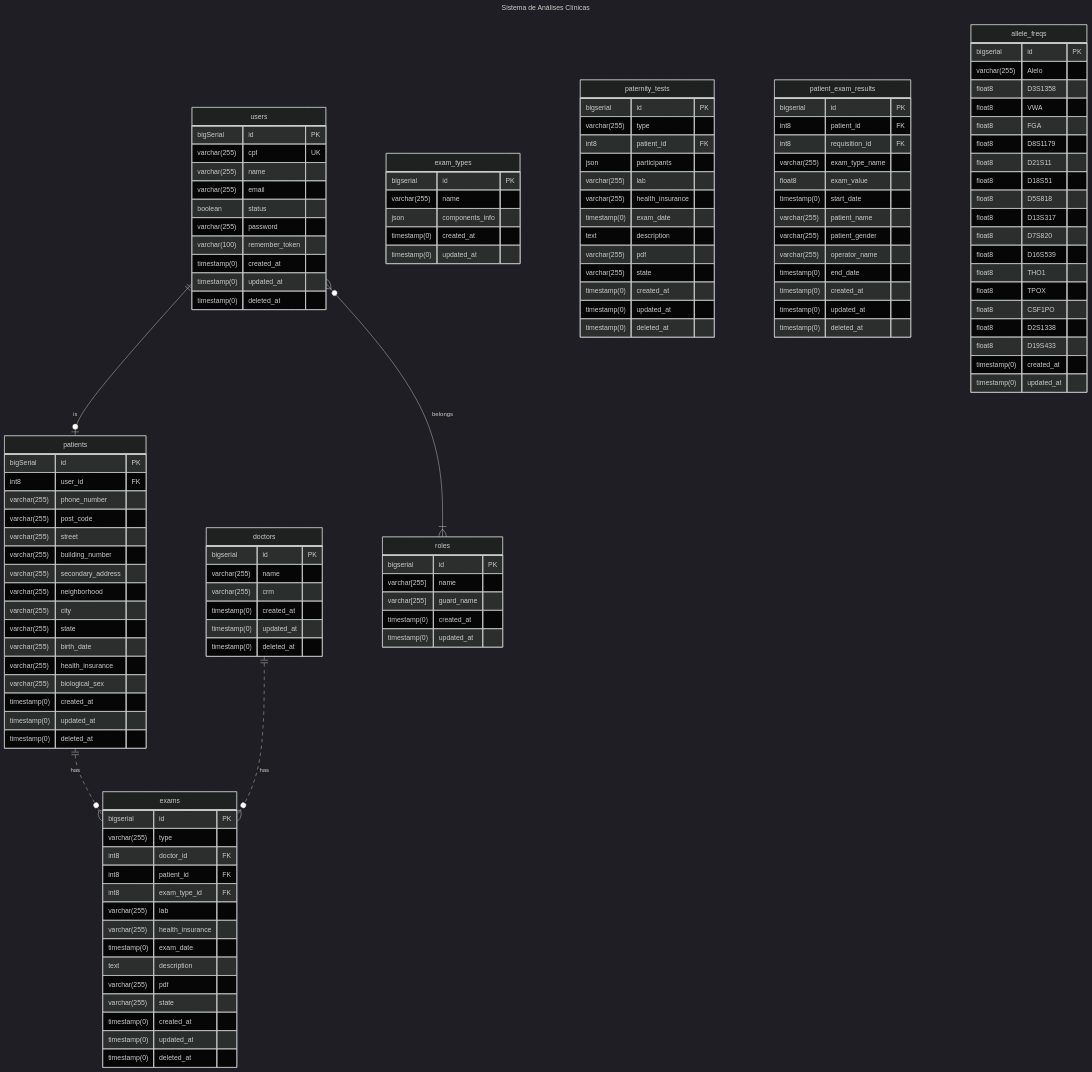
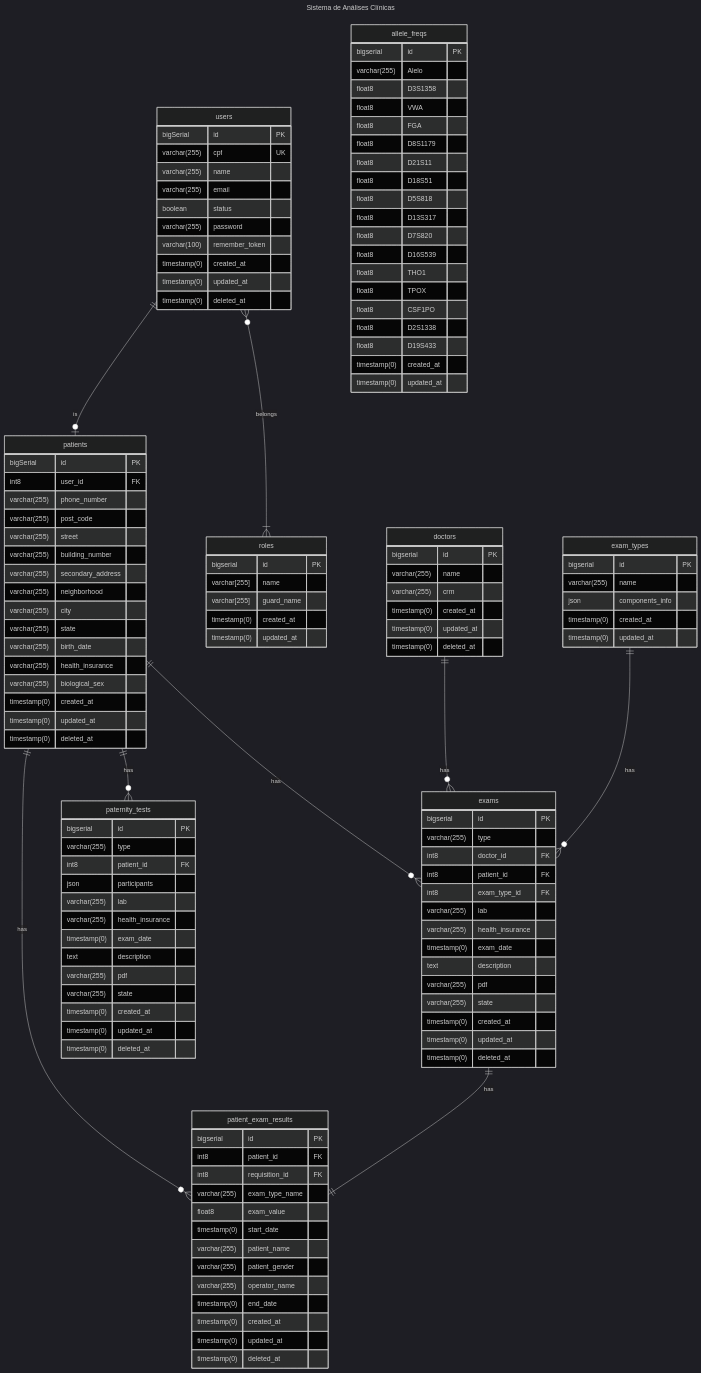
Before and after one commit to UniFil-NPI/ProjetoAnalisesClinicas: the diagram in docs/DER.md, drawn with Mermaid (dark theme). The commit also changed 6 other files, not shown here.

```diff
--- a/docs/DER.md
+++ b/docs/DER.md
@@ -7,9 +7,14 @@
 erDiagram
 
 users only one -- zero or one patients : is
-patients only one .. zero or many exams : has
-doctors only one .. zero or many exams : has
 users zero or many -- one or many roles : belongs
+patients only one -- zero or many exams : has
+patients only one -- zero or many paternity_tests : has
+patients only one -- zero or many patient_exam_results: has
+doctors only one -- zero or many exams : has
+exam_types only one -- zero or many exams: has
+exams only one -- only one patient_exam_results: has
+
 
 users {
     bigSerial id PK
```
